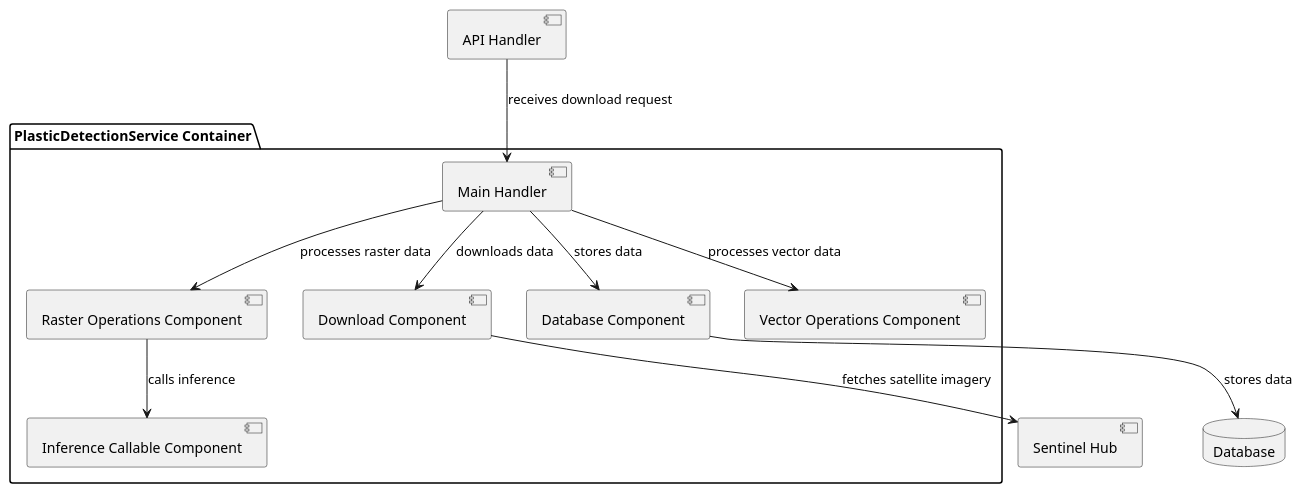
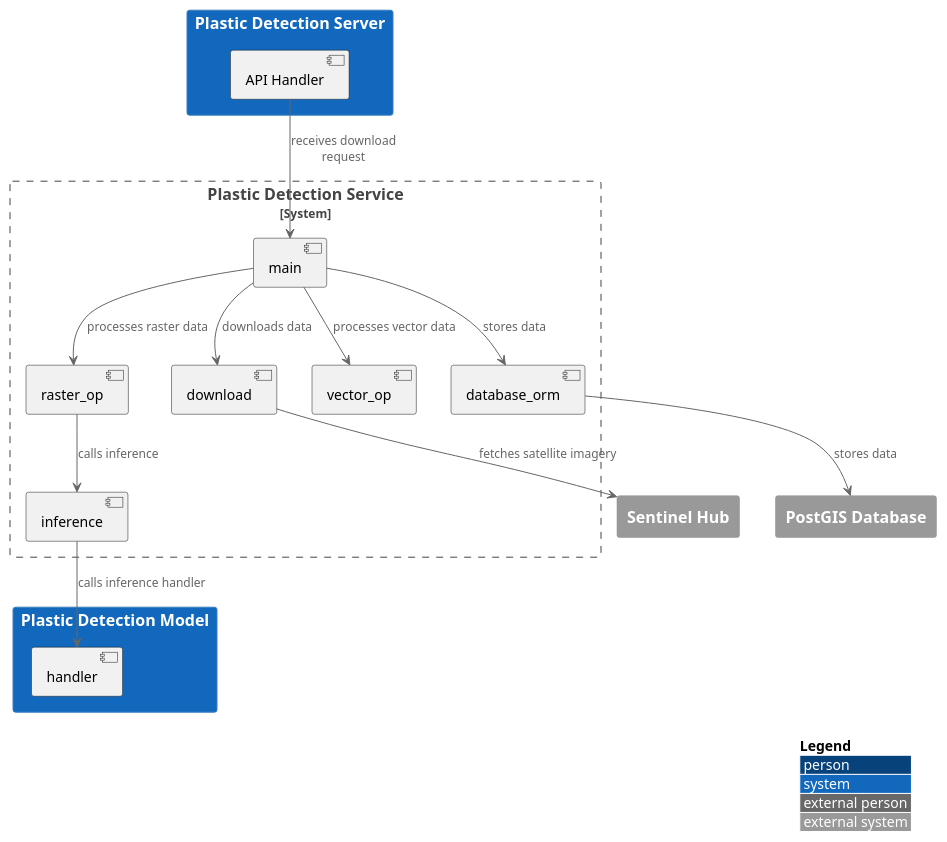
Before and after one commit to OceanEcoWatch/PlasticDetectionService: the diagram in docs/diagrams/puml/compontent_diagram.puml, drawn with PlantUML. The commit also changed 27 other files, not shown here.

```diff
--- a/docs/diagrams/puml/compontent_diagram.puml
+++ b/docs/diagrams/puml/compontent_diagram.puml
@@ -1,25 +1,35 @@
 @startuml
-package "PlasticDetectionService Container" {
-  [Main Handler]
-  [Raster Operations Component]
-  [Download Component]
-  [Inference Callable Component]
-  [Database Component]
-  [Vector Operations Component]
+!include https://raw.githubusercontent.com/plantuml-stdlib/C4-PlantUML/master/C4_Context.puml
+
+LAYOUT_WITH_LEGEND()
+
+System_Boundary(PlasticDetectionService, "Plastic Detection Service") {
+    component "main " as main
+    component "download" as download
+    component "raster_op" as raster_op
+    component "vector_op" as vector_op
+    component "inference" as inference
+    component "database_orm" as database_orm
 }
 
-database "Database"
-component "API Handler" as APIHandler
-component "Sentinel Hub" as SentinelHub
+System(PlasticDetectionServer, "Plastic Detection Server") {
+    component "API Handler" as APIHandler
+}
+System(PlasticDetectionModel, "Plastic Detection Model") {
+    component "handler" as handler
+}
+System_Ext(database, "PostGIS Database")
+System_Ext(SentinelHub, "Sentinel Hub")
 
 ' Define relationships and flow
-[APIHandler] --> [Main Handler] : "receives download request"
-[Main Handler] --> [Download Component] : "downloads data"
-[Download Component] --> SentinelHub : "fetches satellite imagery"
-[Main Handler] --> [Raster Operations Component] : "processes raster data"
-[Main Handler] --> [Vector Operations Component] : "processes vector data"
-[Raster Operations Component] --> [Inference Callable Component] : "calls inference"
-[Main Handler] --> [Database Component] : "stores data"
-[Database Component] --> "Database" : "stores data"
+[APIHandler] --> [main] : "receives download request"
+[main] --> [download] : "downloads data"
+[download] --> SentinelHub : "fetches satellite imagery"
+[main] --> [raster_op] : "processes raster data"
+[main] --> [vector_op] : "processes vector data"
+[raster_op] --> [inference] : "calls inference"
+[main] --> [database_orm] : "stores data"
+[database_orm] --> "database" : "stores data"
+[inference] --> [handler] : "calls inference handler"
 
 @enduml
```
